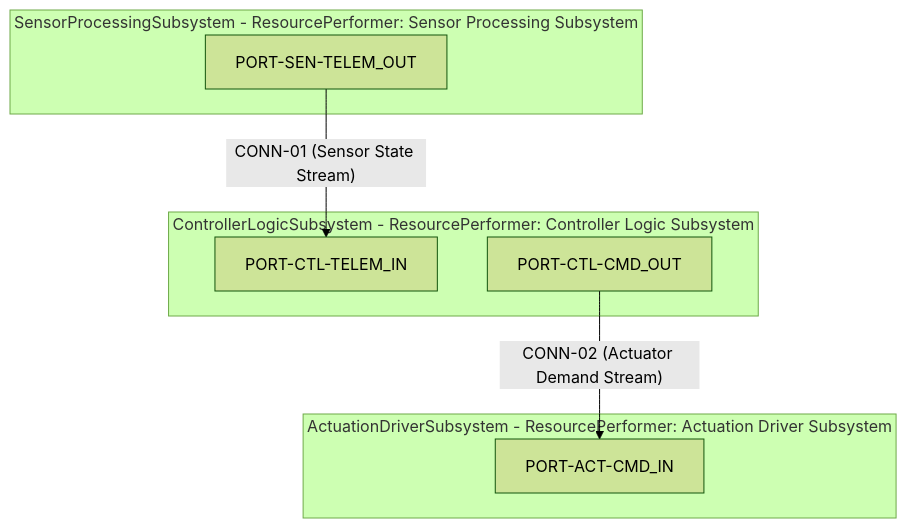
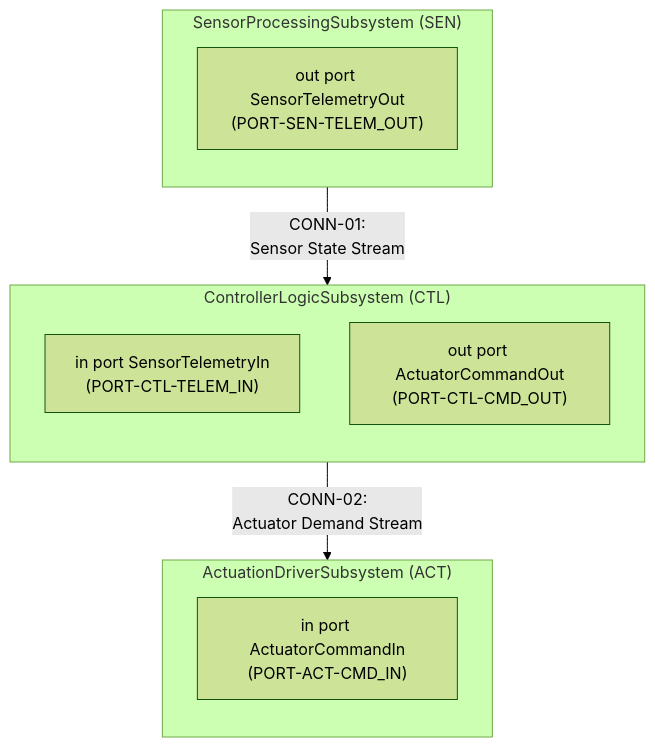
The third of 5 diagrams in docs/architecture/blueprints/DEAP_LOGICAL_INTERFACE_SPECIFICATION_BLUEPRINT.md (gintatkinson/DEAP01-spec-core), drawn with Mermaid (forest theme) before and after one commit. The commit also changed other lines of this file and 28 other files, not shown here.

````diff
--- a/docs/architecture/blueprints/DEAP_LOGICAL_INTERFACE_SPECIFICATION_BLUEPRINT.md
+++ b/docs/architecture/blueprints/DEAP_LOGICAL_INTERFACE_SPECIFICATION_BLUEPRINT.md
@@ -298,18 +316,21 @@
 ```mermaid
 flowchart TD
-    subgraph SEN ["SensorProcessingSubsystem - ResourcePerformer: Sensor Processing Subsystem"]
-        P_SEN_TELEM["PORT-SEN-TELEM_OUT"]
+    subgraph SEN ["SensorProcessingSubsystem (SEN)"]
+        direction TB
+        P_SEN_TELEM["out port SensorTelemetryOut<br/>(PORT-SEN-TELEM_OUT)"]
     end
 
-    subgraph CTL ["ControllerLogicSubsystem - ResourcePerformer: Controller Logic Subsystem"]
-        P_CTL_TELEM["PORT-CTL-TELEM_IN"]
-        P_CTL_CMD["PORT-CTL-CMD_OUT"]
+    subgraph CTL ["ControllerLogicSubsystem (CTL)"]
+        direction TB
+        P_CTL_TELEM["in port SensorTelemetryIn<br/>(PORT-CTL-TELEM_IN)"]
+        P_CTL_CMD["out port ActuatorCommandOut<br/>(PORT-CTL-CMD_OUT)"]
     end
 
-    subgraph ACT ["ActuationDriverSubsystem - ResourcePerformer: Actuation Driver Subsystem"]
-        P_ACT_CMD["PORT-ACT-CMD_IN"]
+    subgraph ACT ["ActuationDriverSubsystem (ACT)"]
+        direction TB
+        P_ACT_CMD["in port ActuatorCommandIn<br/>(PORT-ACT-CMD_IN)"]
     end
 
-    P_SEN_TELEM -->|"CONN-01 (Sensor State Stream)"| P_CTL_TELEM
-    P_CTL_CMD -->|"CONN-02 (Actuator Demand Stream)"| P_ACT_CMD
+    P_SEN_TELEM -->|"CONN-01:<br/>Sensor State Stream"| P_CTL_TELEM
+    P_CTL_CMD -->|"CONN-02:<br/>Actuator Demand Stream"| P_ACT_CMD
 ```
````
